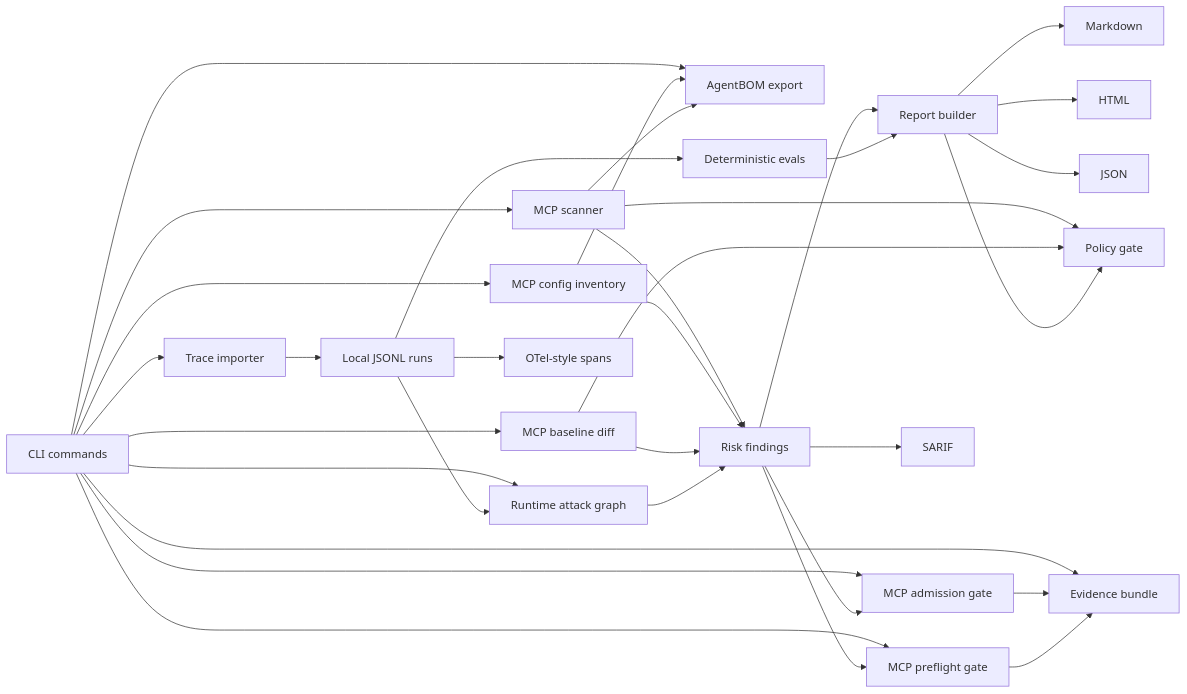
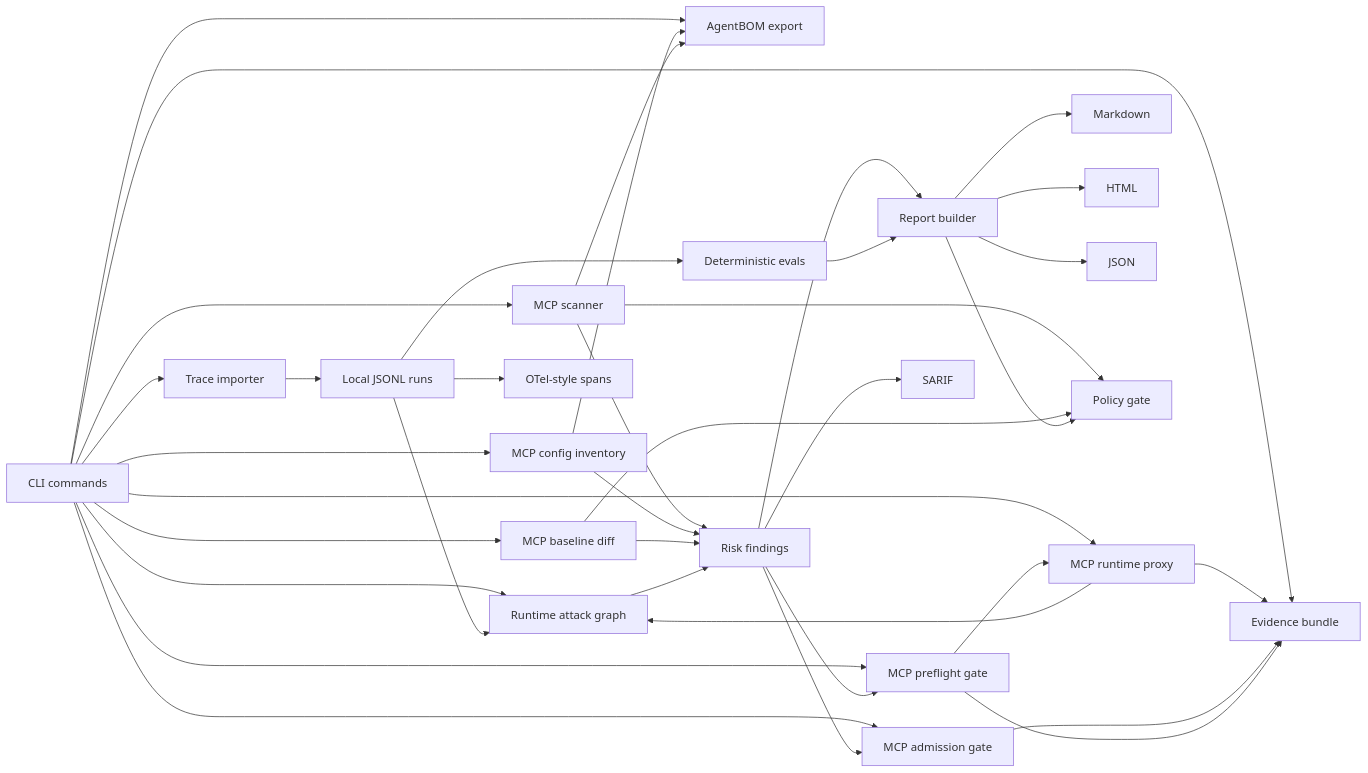
Before and after one commit to Gowrav-M/agentops-watchtower: the diagram in docs/architecture.md, drawn with Mermaid. The commit also changed other lines of this file and 24 other files, not shown here.

Commit message:
feat: add mcp runtime proxy

````diff
--- a/docs/architecture.md
+++ b/docs/architecture.md
@@ -5,35 +5,39 @@
 ```mermaid
 flowchart LR
   CLI["CLI commands"] --> Importer["Trace importer"]
   CLI --> Scanner["MCP scanner"]
   CLI --> Inventory["MCP config inventory"]
   CLI --> AgentBOM["AgentBOM export"]
   CLI --> Baseline["MCP baseline diff"]
   CLI --> Admission["MCP admission gate"]
   CLI --> Gate["MCP preflight gate"]
+  CLI --> Proxy["MCP runtime proxy"]
   CLI --> AttackGraph["Runtime attack graph"]
   CLI --> Evidence["Evidence bundle"]
   Importer --> Runs["Local JSONL runs"]
   Scanner --> Findings["Risk findings"]
   Inventory --> Findings
   Inventory --> AgentBOM
   Scanner --> AgentBOM
   Baseline --> Findings
   Findings --> Admission
   Findings --> Gate
+  Gate --> Proxy
+  Proxy --> AttackGraph
+  Proxy --> Evidence
   Admission --> Evidence
   Gate --> Evidence
   Runs --> Evals["Deterministic evals"]
   Runs --> AttackGraph
   AttackGraph --> Findings
   Findings --> Report["Report builder"]
   Evals --> Report
   Report --> Markdown["Markdown"]
   Report --> HTML["HTML"]
   Report --> JSON["JSON"]
   Runs --> OTel["OTel-style spans"]
   Findings --> SARIF["SARIF"]
   Scanner --> Policy["Policy gate"]
   Baseline --> Policy
   Report --> Policy
 ```
````
